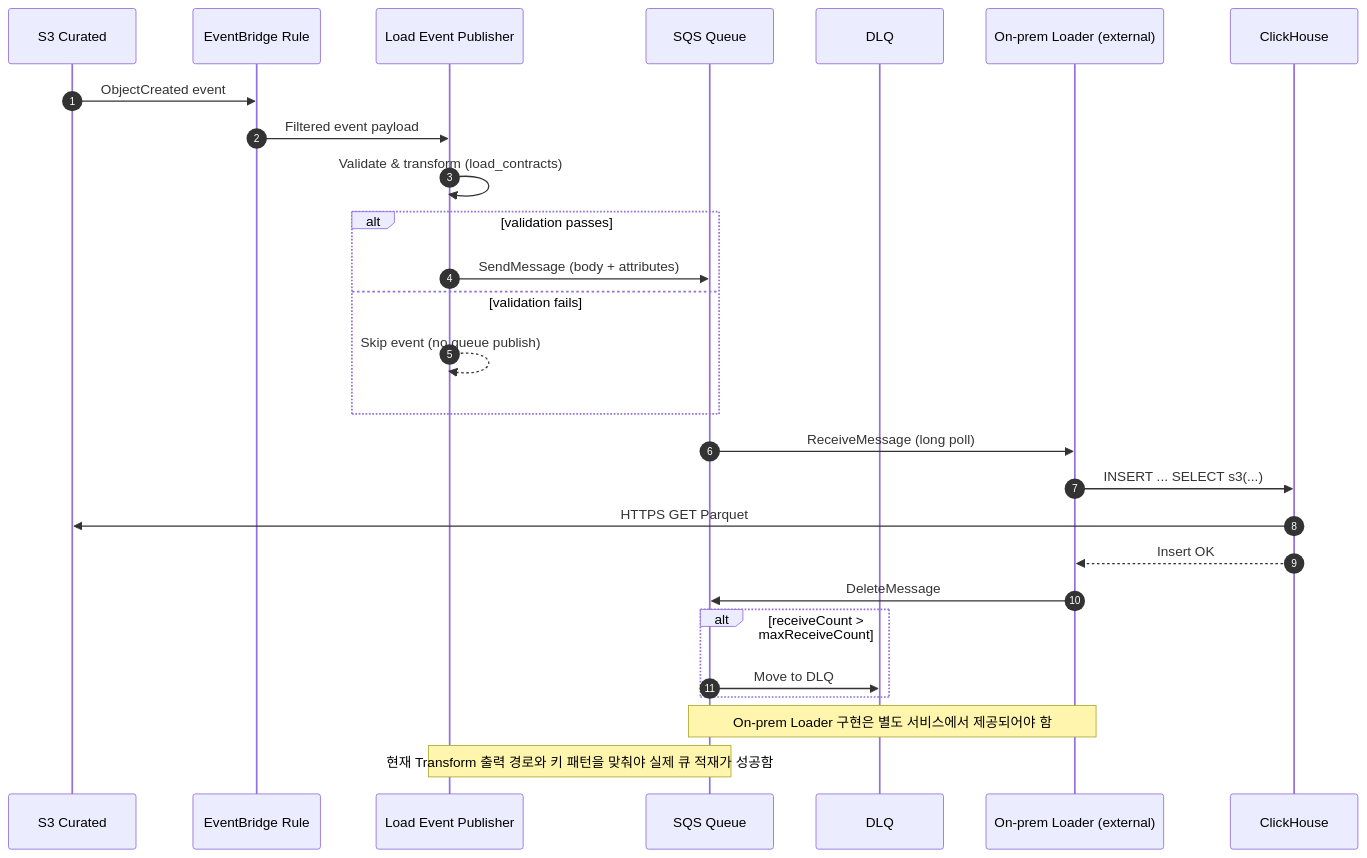
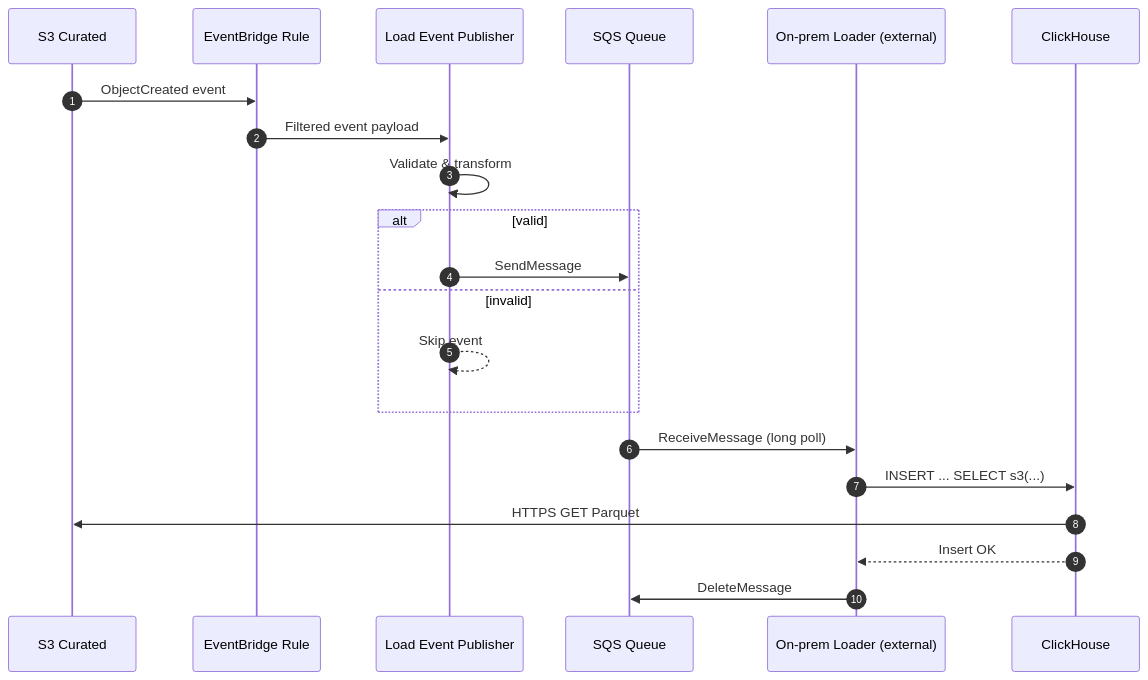
One commit to keemgdeok/fin-forge-pipeline changed the diagram in docs/diagrams/load/03-sequence.md. Above: the diagram before and after it, drawn with Mermaid. The commit also changed 16 other files, not shown here.

Commit message:
feat: update transform docs/diagram

````diff
--- a/docs/diagrams/load/03-sequence.md
+++ b/docs/diagrams/load/03-sequence.md
@@ -1,33 +1,27 @@
 ```mermaid
 sequenceDiagram
   autonumber
   participant S3 as S3 Curated
   participant EB as EventBridge Rule
   participant LMB as Load Event Publisher
   participant SQS as SQS Queue
-  participant DLQ as DLQ
   participant AGT as On‑prem Loader (external)
   participant CH as ClickHouse
 
   S3->>EB: ObjectCreated event
   EB->>LMB: Filtered event payload
-  LMB->>LMB: Validate & transform (load_contracts)
-  alt validation passes
-    LMB->>SQS: SendMessage (body + attributes)
-  else validation fails
-    LMB-->>LMB: Skip event (no queue publish)
+  LMB->>LMB: Validate & transform
+  alt valid
+    LMB->>SQS: SendMessage
+  else invalid
+    LMB-->>LMB: Skip event
   end
 
   %% External consumption (아직 구성되지 않음)
   SQS->>AGT: ReceiveMessage (long poll)
   AGT->>CH: INSERT ... SELECT s3(...)
   CH->>S3: HTTPS GET Parquet
   CH-->>AGT: Insert OK
   AGT->>SQS: DeleteMessage
-  alt receiveCount > maxReceiveCount
-    SQS->>DLQ: Move to DLQ
-  end
 
-  Note over AGT,SQS: On‑prem Loader 구현은 별도 서비스에서 제공되어야 함
-  Note over LMB,SQS: 현재 Transform 출력 경로와 키 패턴을 맞춰야 실제 큐 적재가 성공함
 ```
````
